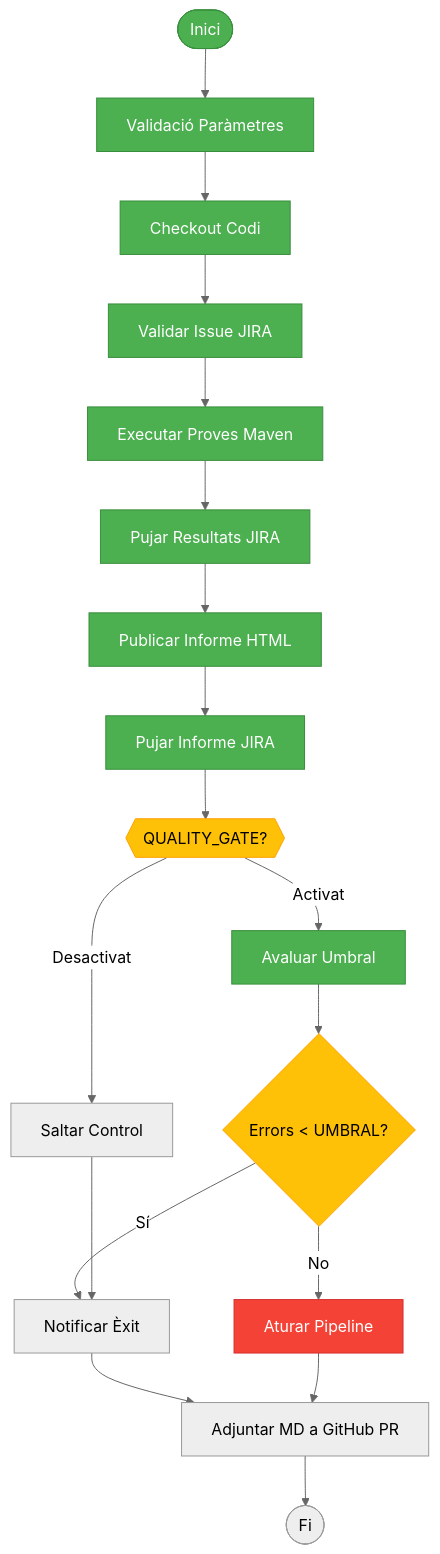
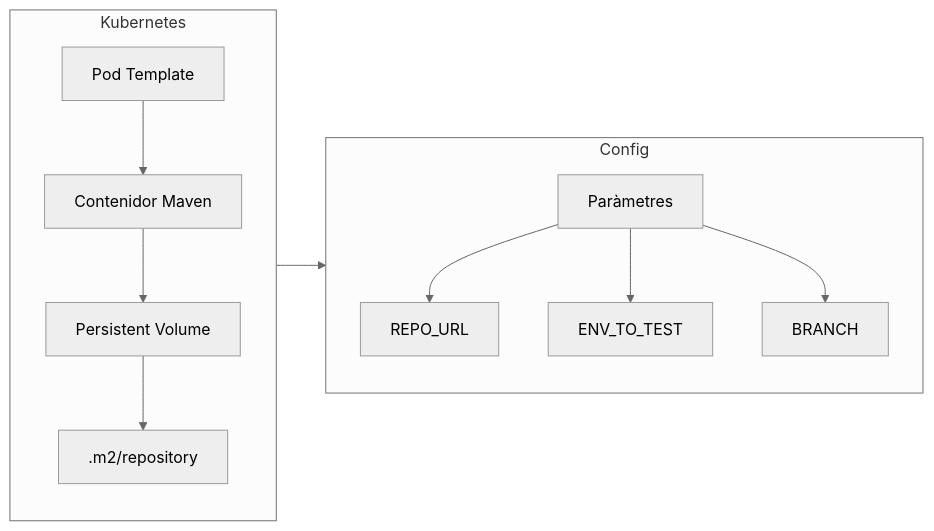
One commit to juananmora/mkdocs-sample1 changed the fourth of 5 diagrams in docs/jenkins/selenium.md. Above: the diagram before and after it, drawn with Mermaid. The commit also changed other lines of this file, not shown here.

Commit message:
Actualizar la documentación del MAT: reemplazar el diagrama de flujo por un diagrama de secuencia y reorganizar las secciones del pipeline de Jenkins.

````diff
--- a/docs/jenkins/selenium.md
+++ b/docs/jenkins/selenium.md
@@ -75,30 +126,16 @@
 ```mermaid
 %%{init: {'theme':'neutral'}}%%
-flowchart TD
-A([Inici]) --> B[Validació Paràmetres]
-B --> C[Checkout Codi]
-C --> D[Validar Issue JIRA]
-D --> E[Executar Proves Maven]
-E --> F[Pujar Resultats JIRA]
-F --> G[Publicar Informe HTML]
-G --> H[Pujar Informe JIRA]
-H --> I{{QUALITY_GATE?}}
-I -->|Activat| J[Avaluar Umbral]
-I -->|Desactivat| K[Saltar Control]
-J --> L{Errors < UMBRAL?}
-L -->|Sí| M[Notificar Èxit]
-L -->|No| N[Aturar Pipeline]
-K --> M
-M --> O[Adjuntar MD a GitHub PR]
-N --> O
-O --> P([Fi])
-classDef stage fill:#4CAF50,stroke:#388E3C,color:white;
-classDef decision fill:#FFC107,stroke:#FFA000;
-classDef error fill:#F44336,stroke:#D32F2F,color:white;
-class A,B,C,D,E,F,G,H,J stage
-class I,L decision
-class N error
-
-
+flowchart LR
+    subgraph Kubernetes
+        A[Pod Template] --> B[Contenidor Maven]
+        B --> C[Persistent Volume]
+        C --> D[.m2/repository]
+    end
+    subgraph Config
+        E[Paràmetres] --> F[REPO_URL]
+        E --> G[ENV_TO_TEST]
+        E --> H[BRANCH]
+    end
+    Kubernetes --> Config
 
 ```
````
